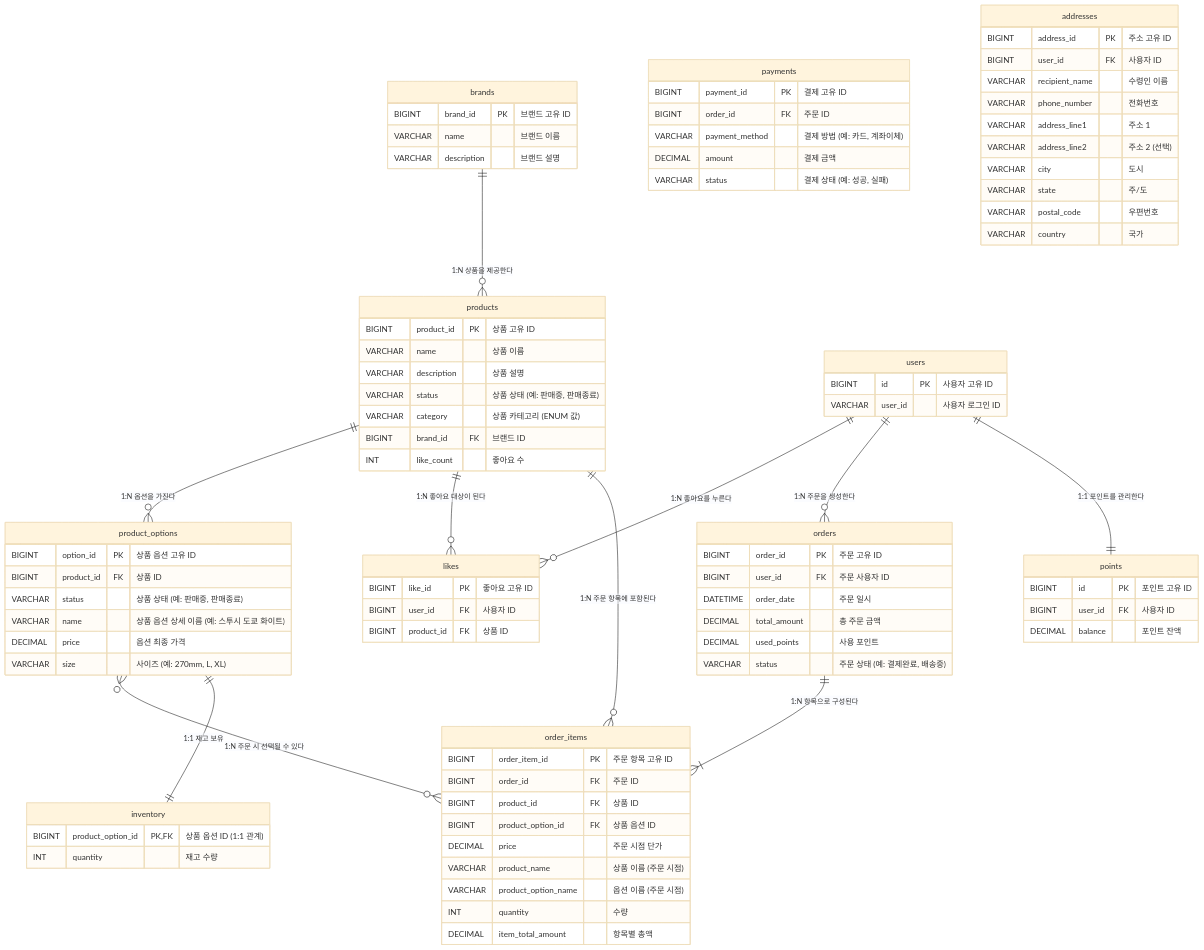
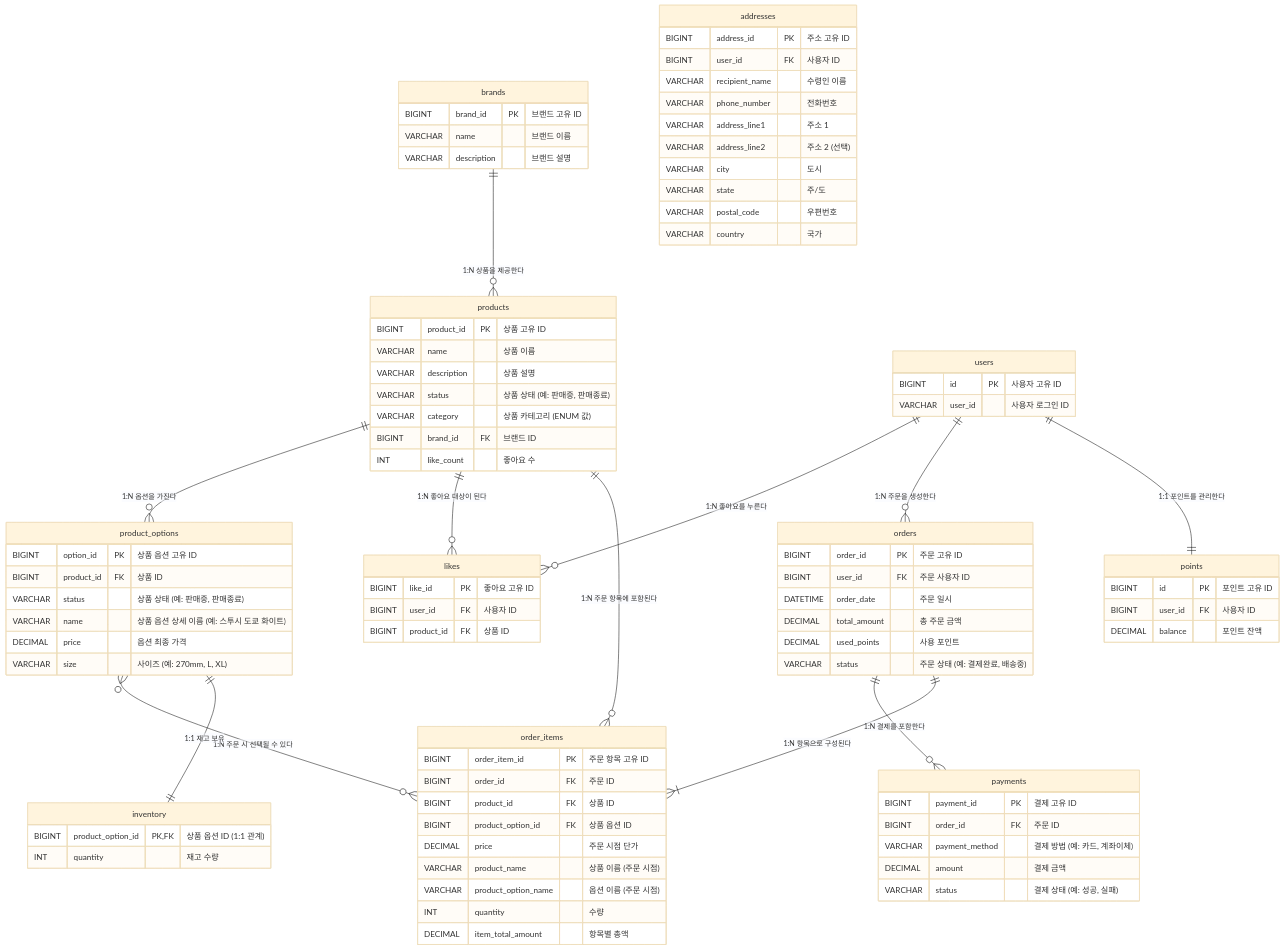
Before and after one commit to JoshDevLab/loopers-commerce: the diagram in docs/design/04-erd.md, drawn with Mermaid (base theme).

Commit message:
refactor: ERD 상 Order ↔ Payments 관계 정의

```diff
--- a/docs/design/04-erd.md
+++ b/docs/design/04-erd.md
@@ -96,6 +96,7 @@
     users ||--o{ likes : "1:N 좋아요를 누른다"
     users ||--o{ orders : "1:N 주문을 생성한다"
     users ||--|| points : "1:1 포인트를 관리한다"
+    orders ||--o{ payments : "1:N 결제를 포함한다"
     orders ||--|{ order_items : "1:N 항목으로 구성된다"
     product_options }o--o{ order_items : "1:N 주문 시 선택될 수 있다"
     product_options ||--|| inventory : "1:1 재고 보유"
```
